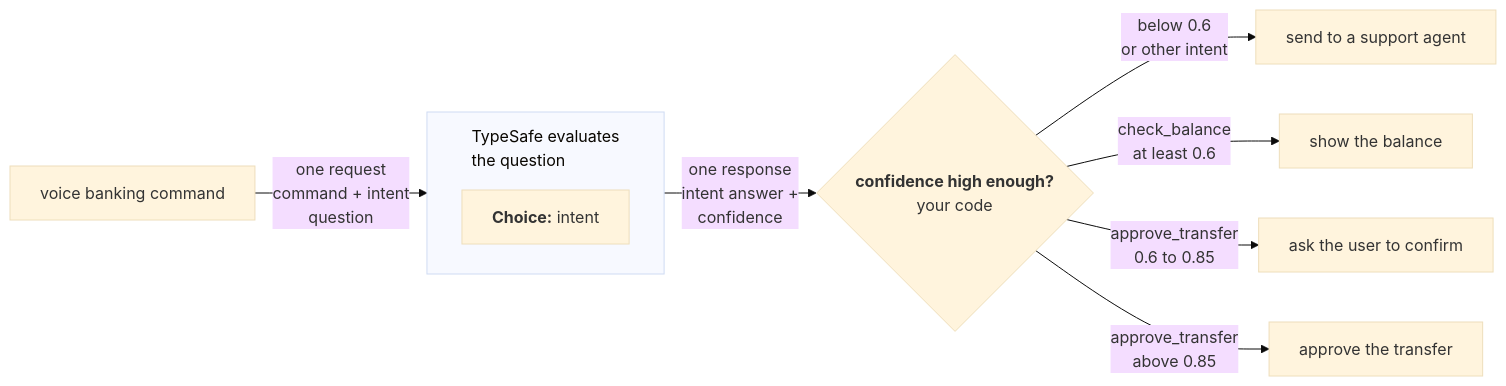
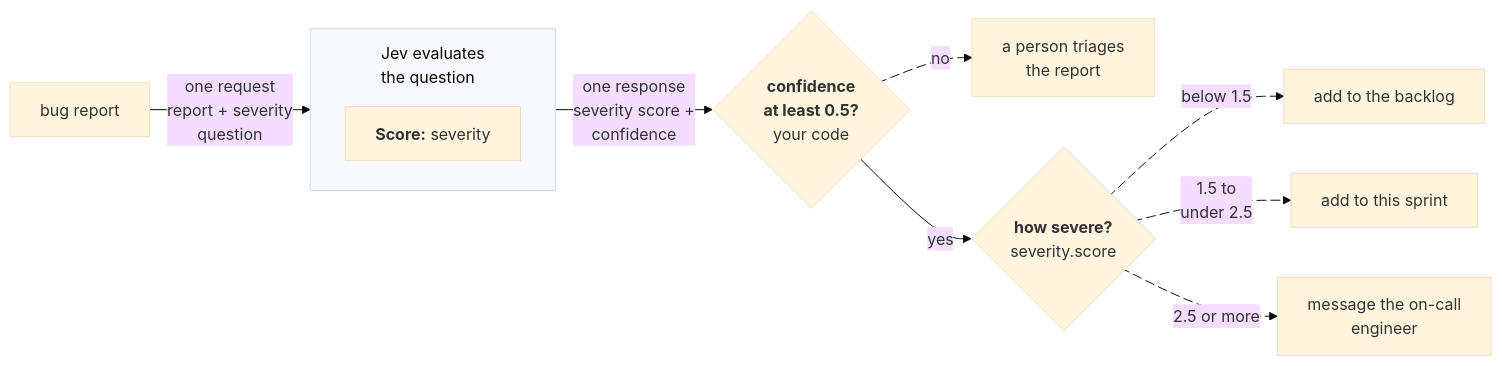
One commit to IamKrill1n/typesafe-docs changed the diagram in docs/patterns/confidence-routing.md. Above: the diagram before and after it, drawn with Mermaid (base theme). The commit also changed other lines of this file and 84 other files, not shown here.

Commit message:
docs: sync TypeSafe documentation (2026-11-04)

````diff
--- a/docs/patterns/confidence-routing.md
+++ b/docs/patterns/confidence-routing.md
@@ -11,21 +11,25 @@
 ```mermaid actions={true}
 %%{init: {"fontFamily": "Inter, sans-serif", "flowchart": {"rankSpacing": 35, "wrappingWidth": 300, "subGraphTitleMargin": {"top": 12, "bottom": 36}}}}%%
 flowchart LR
-    command["voice banking command"]
+    report["bug report"]
 
-    subgraph req["TypeSafe evaluates<br/>the question"]
-        intent["<b>Choice:</b> intent"]
+    subgraph req["Jev evaluates<br/>the question"]
+        severity["<b>Score:</b> severity"]
     end
 
-    command -- "one request<br/>command + intent<br/>question" --> req
-    req -- "one response<br/>intent answer +<br/>confidence" --> gate{"<b>confidence high enough?</b><br/>your code"}
-    gate red_low@-- "below 0.6<br/>or other intent" --> human["send to a support agent"]
-    gate orange_balance@-- "check_balance<br/>at least 0.6" --> balance["show the balance"]
-    gate yellow_confirm@-- "approve_transfer<br/>0.6 to 0.85" --> confirm["ask the user to confirm"]
-    gate green_approve@-- "approve_transfer<br/>above 0.85" --> approve["approve the transfer"]
-    %% Branch colours (styles.css): a confidence gradient, red -> orange -> yellow -> green.
-    class human neonRed
-    class balance neonOrange
-    class confirm neonYellow
-    class approve neonGreen
+    report -- "one request<br/>report + severity<br/>question" --> req
+    req -- "one response<br/>severity score +<br/>confidence" --> check{"<b>confidence<br/>at least 0.5?</b><br/>your code"}
+    check blue_triage@-- "no" --> triage["a person triages<br/>the report"]
+    check -- "yes" --> level{"<b>how severe?</b><br/>severity.score"}
+    level green_backlog@-- "below 1.5" --> backlog["add to the backlog"]
+    level green_sprint@-- "1.5 to<br/>under 2.5" --> sprint["add to this sprint"]
+    level green_page@-- "2.5 or more" --> page["message the on-call<br/>engineer"]
+    %% Branch colours (styles.css): node classes and green_/blue_/purple_/orange_ edge ids.
+    class backlog,sprint,page neonGreen
+    class triage neonBlue
+    %% Branch edges flow (styles.css pauses this under prefers-reduced-motion).
+    blue_triage@{ animate: true }
+    green_backlog@{ animate: true }
+    green_sprint@{ animate: true }
+    green_page@{ animate: true }
 ```
````
